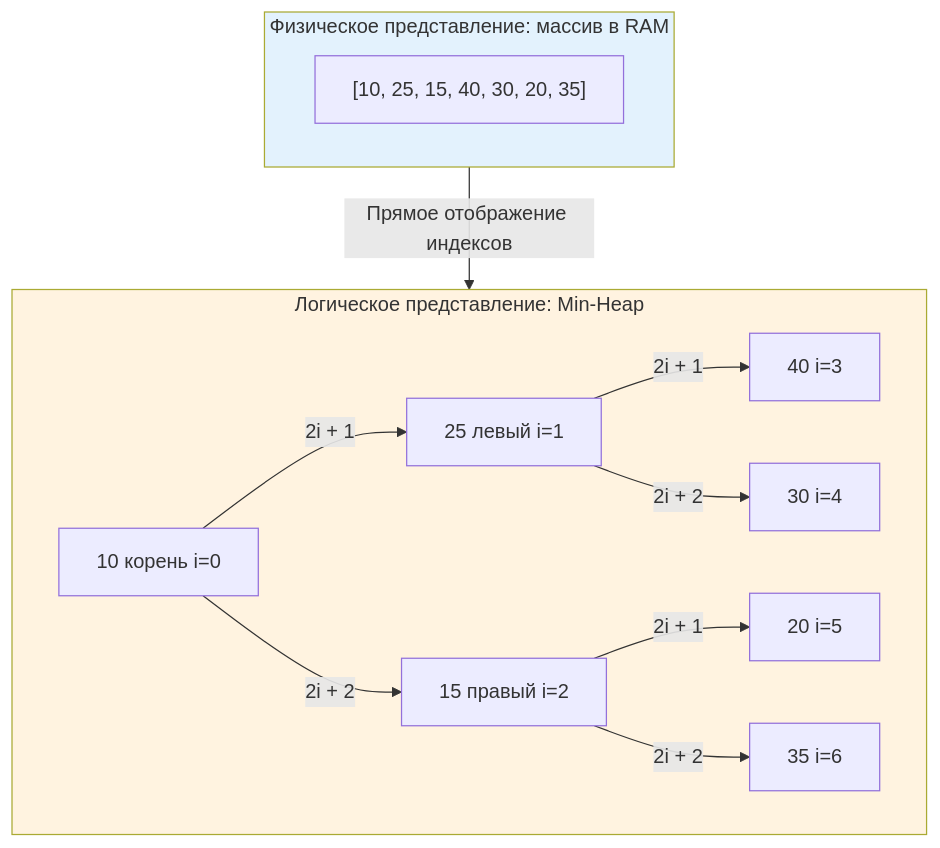
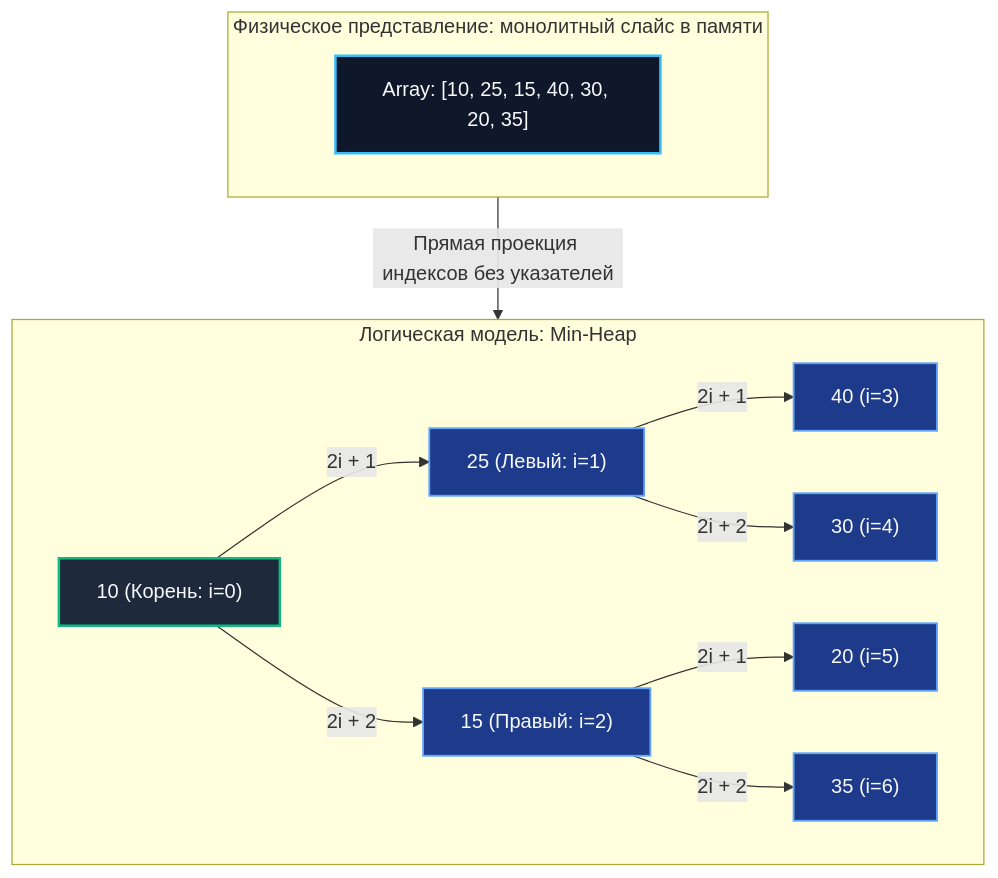
Before and after one commit to UnrealTemplier/go-textbook: the diagram in sources/20. Алгоритмы и структуры данных (DSA) на Go/06. Кучи и приоритетные очереди/1. Куча как структура данных.md, drawn with Mermaid. The commit also changed other lines of this file, not shown here.

Commit message:
feat(module-20): editorial rewrite of 06.1 Heap data structure in Kernighan style

````diff
--- a/sources/20. Алгоритмы и структуры данных (DSA) на Go/06. Кучи и приоритетные очереди/1. Куча как структура данных.md
+++ b/sources/20. Алгоритмы и структуры данных (DSA) на Go/06. Кучи и приоритетные очереди/1. Куча как структура данных.md
@@ -22,20 +25,27 @@
 ```mermaid
 flowchart TD
-    subgraph Array["Физическое представление: массив в RAM"]
-        Arr["[10, 25, 15, 40, 30, 20, 35]"]
+    subgraph ArrayView["Физическое представление: монолитный слайс в памяти"]
+        Arr["Array: [10, 25, 15, 40, 30, 20, 35]"]
     end
 
-    subgraph Tree["Логическое представление: Min-Heap"]
-        N0["10 корень i=0"] -->|2i + 1| N1["25 левый i=1"]
-        N0 -->|2i + 2| N2["15 правый i=2"]
-        N1 -->|2i + 1| N3["40 i=3"]
-        N1 -->|2i + 2| N4["30 i=4"]
-        N2 -->|2i + 1| N5["20 i=5"]
-        N2 -->|2i + 2| N6["35 i=6"]
+    subgraph TreeView["Логическая модель: Min-Heap"]
+        N0["10 (Корень: i=0)"] -->|"2i + 1"| N1["25 (Левый: i=1)"]
+        N0 -->|"2i + 2"| N2["15 (Правый: i=2)"]
+
+        N1 -->|"2i + 1"| N3["40 (i=3)"]
+        N1 -->|"2i + 2"| N4["30 (i=4)"]
+
+        N2 -->|"2i + 1"| N5["20 (i=5)"]
+        N2 -->|"2i + 2"| N6["35 (i=6)"]
     end
 
-    Array -->|Прямое отображение индексов| Tree
-    
-    style Array fill:#e3f2fd
-    style Tree fill:#fff3e0
+    ArrayView -->|"Прямая проекция индексов без указателей"| TreeView
+
+    classDef arrBox fill:#0f172a,stroke:#38bdf8,stroke-width:2px,color:#f8fafc;
+    classDef rootBox fill:#1e293b,stroke:#10b981,stroke-width:2px,color:#f8fafc;
+    classDef nodeBox fill:#1e3a8a,stroke:#60a5fa,stroke-width:1.5px,color:#f8fafc;
+
+    class Arr arrBox;
+    class N0 rootBox;
+    class N1,N2,N3,N4,N5,N6 nodeBox;
 ```
````
